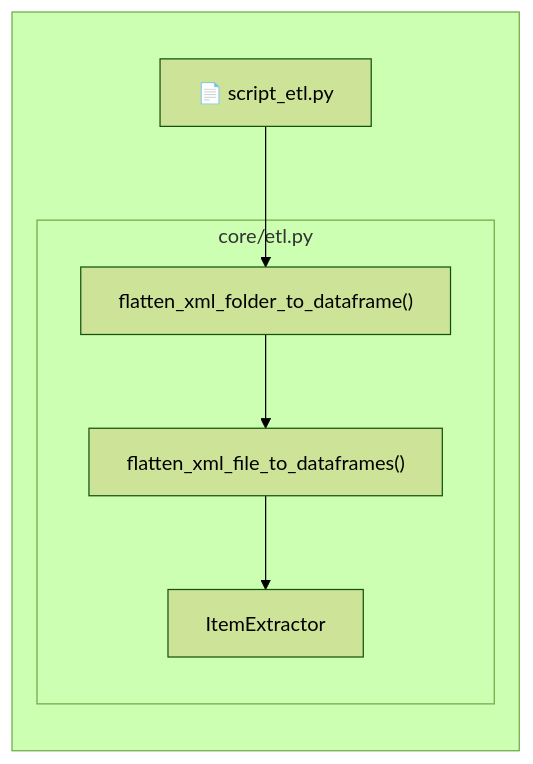
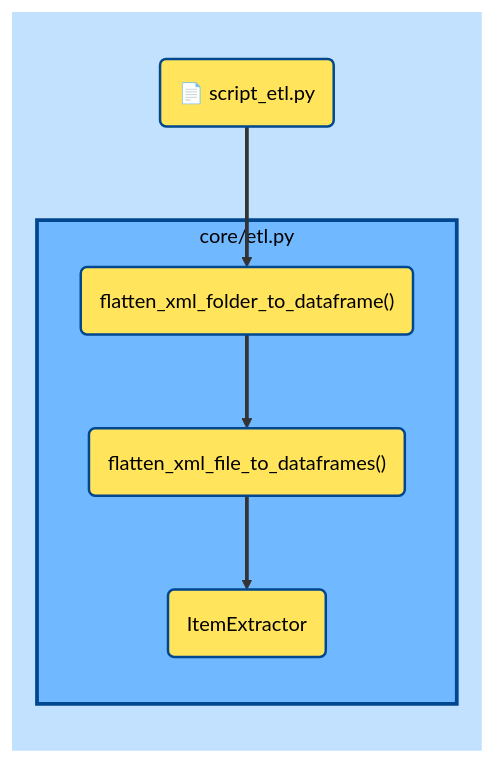
The first of 2 diagrams in content/blog/boardgames_part_one.md (andrewKOwong/mixedconclusions), drawn with Mermaid before and after one commit. The commit also changed other lines of this file, not shown here.

Commit message:
Update: redesign mermaid diagrams

````diff
--- a/content/blog/boardgames_part_one.md
+++ b/content/blog/boardgames_part_one.md
@@ -557,19 +557,28 @@
 ```mermaid
-%%{init: {'theme':'forest'}}%%
 graph LR
+    classDef empty fill:None, stroke:None;
+    classDef etl_box stroke:#00478F, stroke-width:3px, fill:#70B8FF, color:black;
+    classDef bg_box stroke:None, fill:#C2E1FF;
+    classDef nodes stroke:#00478F, stroke-width:2px, fill:#FFE45C, color:black;
+    linkStyle default stroke-width:3px;
+    
+    script("📄 script_etl.py")
+    folder("flatten_xml_folder_to_dataframe()")
+    file("flatten_xml_file_to_dataframes()")
+    item(ItemExtractor)
+    
 
-    classDef no_link_fill fill:None;
-
-    subgraph background [ ]
-        script["📄 script_etl.py"] --> folder_func["flatten_xml_folder_to_dataframe()"];
+    subgraph bg [ ]
+        script --> folder;
 
         subgraph core/etl.py
-            folder_func --> file_func["flatten_xml_file_to_dataframes()"];
-            file_func --> ItemExtractor;
+            folder --> file;
+            file --> item;
+        end
 
-        end
     end
 
-class padding1 emptypadding
-class background backgroundbox
+class script,folder,file,item nodes
+class core/etl.py etl_box
+class bg bg_box
 ```
````
